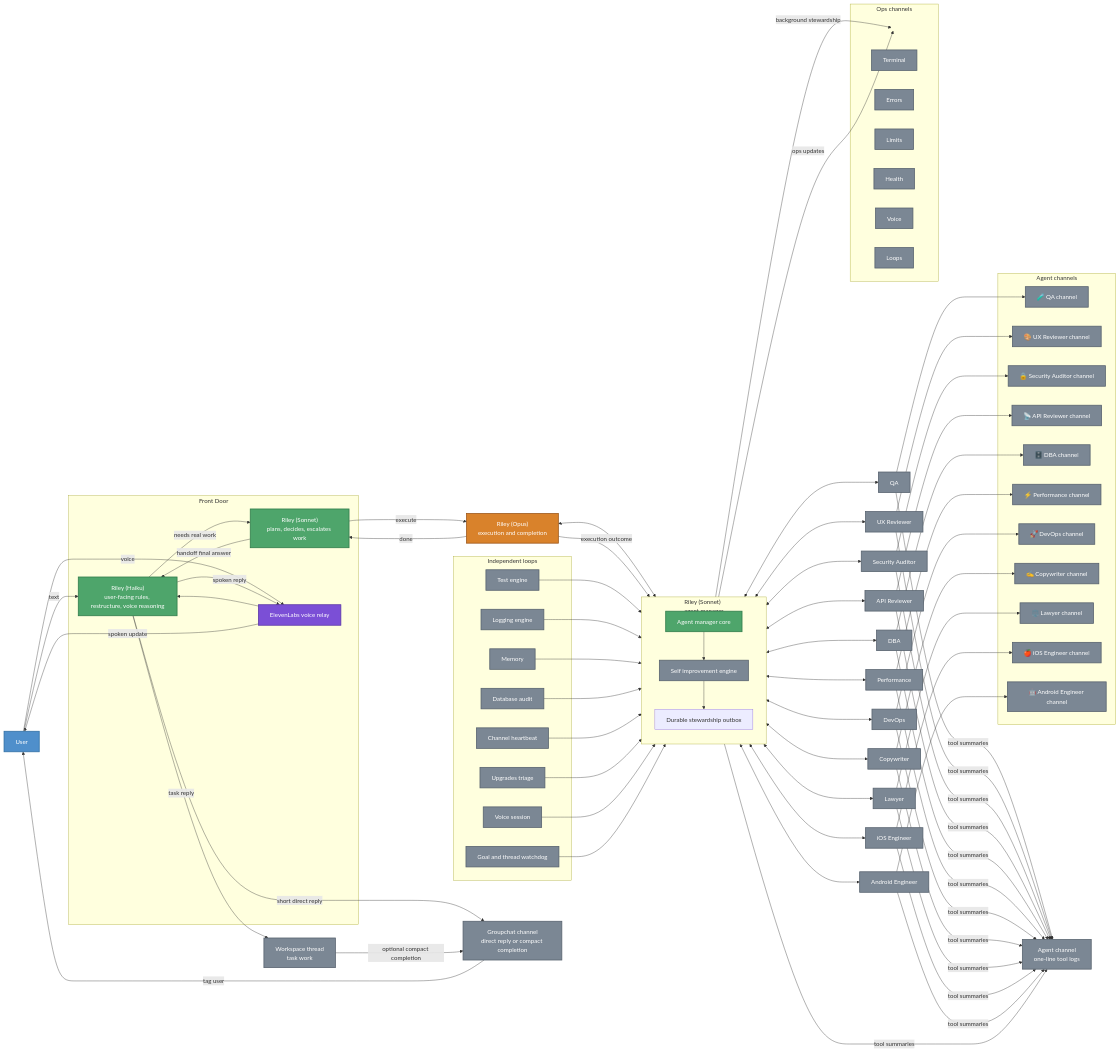
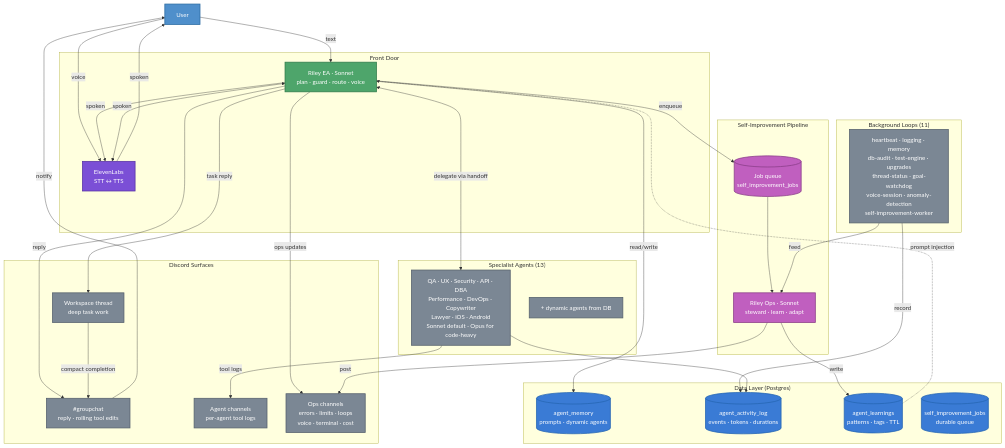
The diagram in README.md (jflessenkemper/ASAP-discord), drawn with Mermaid before and after one commit. The commit also changed other lines of this file and 12 other files, not shown here.

````diff
--- a/README.md
+++ b/README.md
@@ -33,144 +33,75 @@
 ```mermaid
-flowchart LR
+flowchart TD
     User[User]
-    Opus["Riley (Opus)<br/>execution and completion"]
-    Groupchat[Groupchat channel<br/>direct reply or compact completion]
-    Workspace[Workspace thread<br/>task work]
-    ToolLogs["Agent channel<br/>one-line tool logs"]
-    QAAgent[QA]
-    UXAgent[UX Reviewer]
-    SecurityAgent[Security Auditor]
-    APIAgent[API Reviewer]
-    DBAAgent[DBA]
-    PerformanceAgent[Performance]
-    DevOpsAgent[DevOps]
-    CopywriterAgent[Copywriter]
-    LawyerAgent[Lawyer]
-    IOSAgent[iOS Engineer]
-    AndroidAgent[Android Engineer]
 
-    subgraph FrontDoor[Front Door]
-        RileyHaiku["Riley (Haiku)<br/>user-facing rules, restructure, voice reasoning"]
-        Riley["Riley (Sonnet)<br/>plans, decides, escalates work"]
-        Voice[ElevenLabs voice relay]
+    subgraph FrontDoor["Front Door"]
+        Riley["Riley EA · Sonnet<br/>plan · guard · route · voice"]
+        Voice["ElevenLabs<br/>STT ↔ TTS"]
     end
 
-    subgraph AgentManager["Riley (Sonnet)<br/>agent manager"]
-        direction TB
-        AgentManagerCore[Agent manager core]
-        SelfImproveEngine[Self improvement engine]
-        StewardQueue[Durable stewardship outbox]
-        AgentManagerCore --> SelfImproveEngine
-        SelfImproveEngine --> StewardQueue
+    subgraph Agents["Specialist Agents (13)"]
+        AgentList["QA · UX · Security · API · DBA<br/>Performance · DevOps · Copywriter<br/>Lawyer · iOS · Android<br/>Sonnet default · Opus for code-heavy"]
+        DynAgents["+ dynamic agents from DB"]
     end
 
-    subgraph AgentChannels[Agent channels]
-        QAChan["🧪 QA channel"]
-        UXChan["🎨 UX Reviewer channel"]
-        SecurityChan["🔒 Security Auditor channel"]
-        APIChan["📡 API Reviewer channel"]
-        DBAChan["🗄️ DBA channel"]
-        PerformanceChan["⚡ Performance channel"]
-        DevOpsChan["🚀 DevOps channel"]
-        CopywriterChan["✍️ Copywriter channel"]
-        LawyerChan["⚖️ Lawyer channel"]
-        IOSChan["🍎 iOS Engineer channel"]
-        AndroidChan["🤖 Android Engineer channel"]
+    subgraph SelfImprove["Self-Improvement Pipeline"]
+        SIQueue[("Job queue<br/>self_improvement_jobs")]
+        RileyOps["Riley Ops · Sonnet<br/>steward · learn · adapt"]
     end
 
-    subgraph LoopBox[Independent loops]
-        TestEngine[Test engine]
-        LoggingEngine[Logging engine]
-        MemoryLoop[Memory]
-        DatabaseAudit[Database audit]
-        ChannelHeartbeat[Channel heartbeat]
-        UpgradesTriage[Upgrades triage]
-        VoiceSession[Voice session]
-        GoalWatchdog[Goal and thread watchdog]
+    subgraph Surfaces["Discord Surfaces"]
+        Groupchat["#groupchat<br/>reply · rolling tool edits"]
+        Workspace["Workspace thread<br/>deep task work"]
+        AgentCh["Agent channels<br/>per-agent tool logs"]
+        OpsDash["Ops channels<br/>errors · limits · loops<br/>voice · terminal · cost"]
     end
 
-    subgraph OpsChannels[Ops channels]
-        OpsHub(( ))
-        TerminalCh[Terminal]
-        ErrorsCh[Errors]
-        LimitsCh[Limits]
-        HealthCh[Health]
-        VoiceCh[Voice]
-        LoopsCh[Loops]
+    subgraph Loops["Background Loops (11)"]
+        LoopList["heartbeat · logging · memory<br/>db-audit · test-engine · upgrades<br/>thread-status · goal-watchdog<br/>voice-session · anomaly-detection<br/>self-improvement-worker"]
     end
 
-    User -->|text| RileyHaiku
+    subgraph Data["Data Layer (Postgres)"]
+        Memory[("agent_memory<br/>prompts · dynamic agents")]
+        ActivityLog[("agent_activity_log<br/>events · tokens · durations")]
+        Learnings[("agent_learnings<br/>patterns · tags · TTL")]
+        SIJobs[("self_improvement_jobs<br/>durable queue")]
+    end
+
+    User -->|text| Riley
     User -->|voice| Voice
-    Voice --> RileyHaiku
-    RileyHaiku -->|needs real work| Riley
-    Riley -->|execute| Opus
-    Opus <--> AgentManagerCore
-    AgentManagerCore <--> QAAgent
-    AgentManagerCore <--> UXAgent
-    AgentManagerCore <--> SecurityAgent
-    AgentManagerCore <--> APIAgent
-    AgentManagerCore <--> DBAAgent
-    AgentManagerCore <--> PerformanceAgent
-    AgentManagerCore <--> DevOpsAgent
-    AgentManagerCore <--> CopywriterAgent
-    AgentManagerCore <--> LawyerAgent
-    AgentManagerCore <--> IOSAgent
-    AgentManagerCore <--> AndroidAgent
-    QAAgent --> QAChan
-    UXAgent --> UXChan
-    SecurityAgent --> SecurityChan
-    APIAgent --> APIChan
-    DBAAgent --> DBAChan
-    PerformanceAgent --> PerformanceChan
-    DevOpsAgent --> DevOpsChan
-    CopywriterAgent --> CopywriterChan
-    LawyerAgent --> LawyerChan
-    IOSAgent --> IOSChan
-    AndroidAgent --> AndroidChan
-    Opus -->|execution outcome| AgentManagerCore
-    TestEngine --> SelfImproveEngine
-    LoggingEngine --> SelfImproveEngine
-    MemoryLoop --> SelfImproveEngine
-    DatabaseAudit --> SelfImproveEngine
-    ChannelHeartbeat --> SelfImproveEngine
-    UpgradesTriage --> SelfImproveEngine
-    VoiceSession --> SelfImproveEngine
-    GoalWatchdog --> SelfImproveEngine
-    StewardQueue -->|background stewardship| OpsHub
-    SelfImproveEngine -->|ops updates| OpsHub
-    Opus -->|done| Riley
-    Riley -->|handoff final answer| RileyHaiku
-    RileyHaiku -->|short direct reply| Groupchat
-    RileyHaiku -->|task reply| Workspace
-    RileyHaiku -->|spoken reply| Voice
-    Workspace -->|optional compact completion| Groupchat
-    AgentManagerCore -->|tool summaries| ToolLogs
-    QAAgent -->|tool summaries| ToolLogs
-    UXAgent -->|tool summaries| ToolLogs
-    SecurityAgent -->|tool summaries| ToolLogs
-    APIAgent -->|tool summaries| ToolLogs
-    DBAAgent -->|tool summaries| ToolLogs
-    PerformanceAgent -->|tool summaries| ToolLogs
-    DevOpsAgent -->|tool summaries| ToolLogs
-    CopywriterAgent -->|tool summaries| ToolLogs
-    LawyerAgent -->|tool summaries| ToolLogs
-    IOSAgent -->|tool summaries| ToolLogs
-    AndroidAgent -->|tool summaries| ToolLogs
-    Voice -->|spoken update| User
-    Groupchat -->|tag user| User
+    Voice <-->|spoken| Riley
+    Riley <-->|delegate via handoff| AgentList
+    AgentList -->|tool logs| AgentCh
+    Riley -->|reply| Groupchat
+    Riley -->|task reply| Workspace
+    Riley -->|spoken| Voice
+    Voice -->|spoken| User
+    Groupchat -->|notify| User
+    Workspace -->|compact completion| Groupchat
+    Riley -->|ops updates| OpsDash
 
-    classDef user fill:#4f8fcb,stroke:#2f6ea3,color:#ffffff,stroke-width:2px;
-    classDef riley fill:#4ea56b,stroke:#2f7a49,color:#ffffff,stroke-width:2px;
-    classDef opus fill:#d9822b,stroke:#9a5416,color:#ffffff,stroke-width:2px;
-    classDef surface fill:#7b8794,stroke:#56616d,color:#ffffff,stroke-width:2px;
-    classDef voice fill:#7b4fd6,stroke:#5934a5,color:#ffffff,stroke-width:2px;
-    classDef hidden fill:transparent,stroke:transparent,color:transparent;
+    Riley -->|enqueue| SIQueue
+    SIQueue --> RileyOps
+    RileyOps -->|write| Learnings
+    RileyOps -->|post| OpsDash
+    LoopList -->|feed| RileyOps
+    LoopList -->|record| ActivityLog
 
-    class User user;
-    class RileyHaiku,Riley riley;
-    class Groupchat,Workspace,ToolLogs,SelfImproveEngine,QAAgent,UXAgent,SecurityAgent,APIAgent,DBAAgent,PerformanceAgent,DevOpsAgent,CopywriterAgent,LawyerAgent,IOSAgent,AndroidAgent,QAChan,UXChan,SecurityChan,APIChan,DBAChan,PerformanceChan,DevOpsChan,CopywriterChan,LawyerChan,IOSChan,AndroidChan,TestEngine,LoggingEngine,MemoryLoop,DatabaseAudit,ChannelHeartbeat,UpgradesTriage,VoiceSession,GoalWatchdog,TerminalCh,ErrorsCh,LimitsCh,HealthCh,VoiceCh,LoopsCh surface;
-    class Voice voice;
-    class Opus opus;
-    class AgentManagerCore riley;
-    class OpsHub hidden;
+    Riley -->|read/write| Memory
+    AgentList --> ActivityLog
+    Learnings -.->|prompt injection| Riley
+
+    classDef user fill:#4f8fcb,stroke:#2f6ea3,color:#fff,stroke-width:2px
+    classDef riley fill:#4ea56b,stroke:#2f7a49,color:#fff,stroke-width:2px
+    classDef surface fill:#7b8794,stroke:#56616d,color:#fff,stroke-width:2px
+    classDef voice fill:#7b4fd6,stroke:#5934a5,color:#fff,stroke-width:2px
+    classDef data fill:#3a7bd5,stroke:#2566b3,color:#fff,stroke-width:2px
+    classDef improve fill:#c05fbf,stroke:#8a3d88,color:#fff,stroke-width:2px
+
+    class User user
+    class Riley riley
+    class Voice voice
+    class Groupchat,Workspace,AgentCh,OpsDash,AgentList,DynAgents,LoopList surface
+    class Memory,ActivityLog,Learnings,SIJobs data
+    class SIQueue,RileyOps improve
 ```
````
